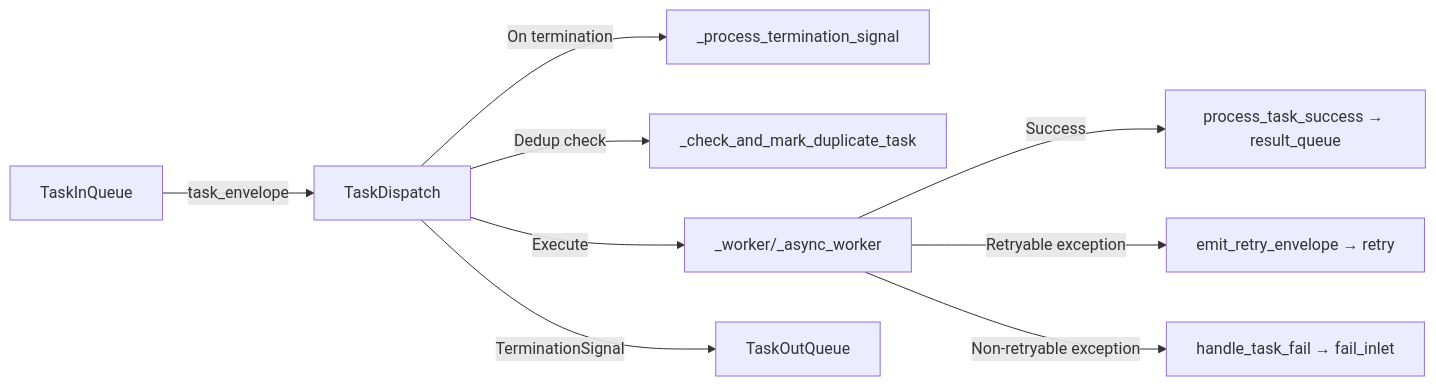
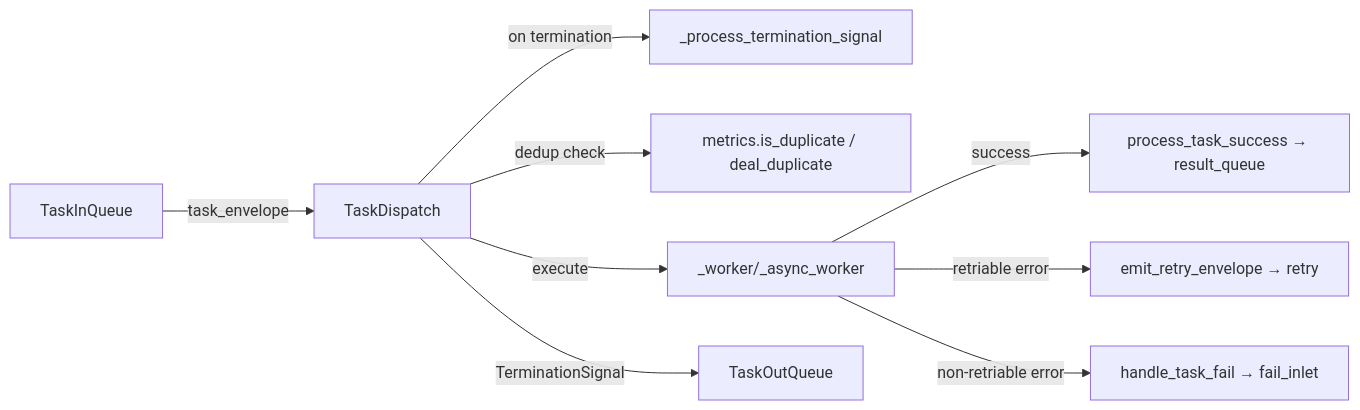
One commit to Mr-xiaotian/CelestialFlow changed the first of 2 diagrams in docs/en/src/runtime/core_dispatch.md. Above: the diagram before and after it, drawn with Mermaid. The commit also changed other lines of this file and 278 other files, not shown here.

````diff
--- a/docs/en/src/runtime/core_dispatch.md
+++ b/docs/en/src/runtime/core_dispatch.md
@@ -127,11 +130,11 @@
 ```mermaid
 flowchart LR
     TQ[TaskInQueue] -->|task_envelope| DISPATCH[TaskDispatch]
-    DISPATCH -->|On termination| PROC[_process_termination_signal]
-    DISPATCH -->|Dedup check| DUP[_check_and_mark_duplicate_task]
-    DISPATCH -->|Execute| WORKER[_worker/_async_worker]
-    WORKER -->|Success| SUCCESS[process_task_success → result_queue]
-    WORKER -->|Retryable exception| RETRY[emit_retry_envelope → retry]
-    WORKER -->|Non-retryable exception| FAIL[handle_task_fail → fail_inlet]
+    DISPATCH -->|on termination| PROC[_process_termination_signal]
+    DISPATCH -->|dedup check| DUP[metrics.is_duplicate / deal_duplicate]
+    DISPATCH -->|execute| WORKER[_worker/_async_worker]
+    WORKER -->|success| SUCCESS[process_task_success → result_queue]
+    WORKER -->|retriable error| RETRY[emit_retry_envelope → retry]
+    WORKER -->|non-retriable error| FAIL[handle_task_fail → fail_inlet]
     DISPATCH -->|TerminationSignal| RQ[TaskOutQueue]
 ```
````
